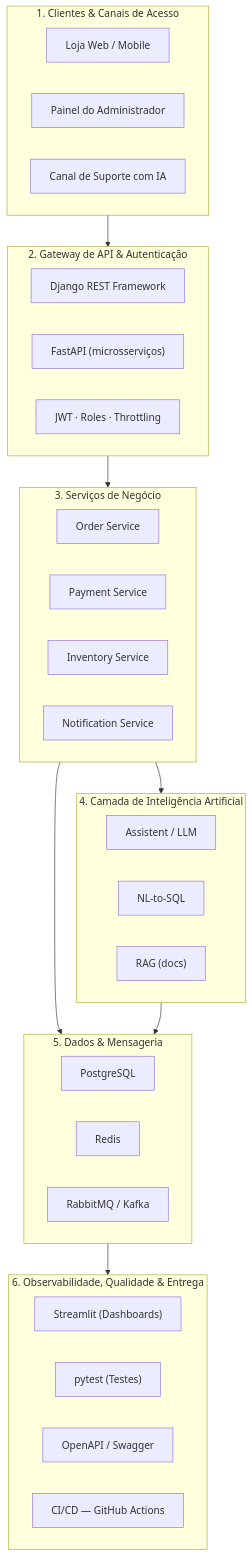
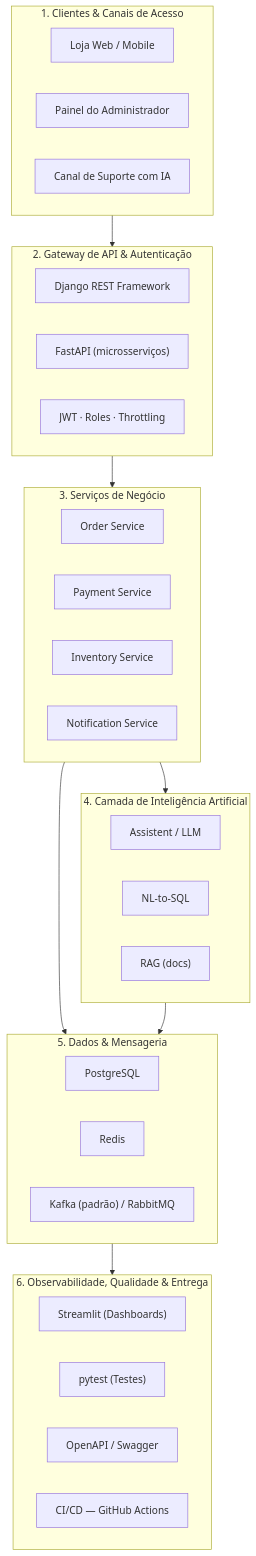
Before and after one commit to caiobarbosadocenteprofissional/synapseshop: the diagram in README.md, drawn with Mermaid. The commit also changed other lines of this file and 37 other files, not shown here.

````diff
--- a/README.md
+++ b/README.md
@@ -83,45 +83,45 @@
 ```mermaid
 flowchart TB
     subgraph C1["1. Clientes & Canais de Acesso"]
         A1["Loja Web / Mobile"]
         A2["Painel do Administrador"]
         A3["Canal de Suporte com IA"]
     end
 
     subgraph C2["2. Gateway de API & Autenticação"]
         B1["Django REST Framework"]
         B2["FastAPI (microsserviços)"]
         B3["JWT · Roles · Throttling"]
     end
 
     subgraph C3["3. Serviços de Negócio"]
         D1["Order Service"]
         D2["Payment Service"]
         D3["Inventory Service"]
         D4["Notification Service"]
     end
 
     subgraph C4["4. Camada de Inteligência Artificial"]
         E1["Assistent / LLM"]
         E2["NL-to-SQL"]
         E3["RAG (docs)"]
     end
 
     subgraph C5["5. Dados & Mensageria"]
         F1["PostgreSQL"]
         F2["Redis"]
-        F3["RabbitMQ / Kafka"]
+        F3["Kafka (padrão) / RabbitMQ"]
     end
 
     subgraph C6["6. Observabilidade, Qualidade & Entrega"]
         G1["Streamlit (Dashboards)"]
         G2["pytest (Testes)"]
         G3["OpenAPI / Swagger"]
         G4["CI/CD — GitHub Actions"]
     end
 
     C1 --> C2 --> C3 --> C4
     C3 --> C5
     C4 --> C5
     C5 --> C6
 ```
````
